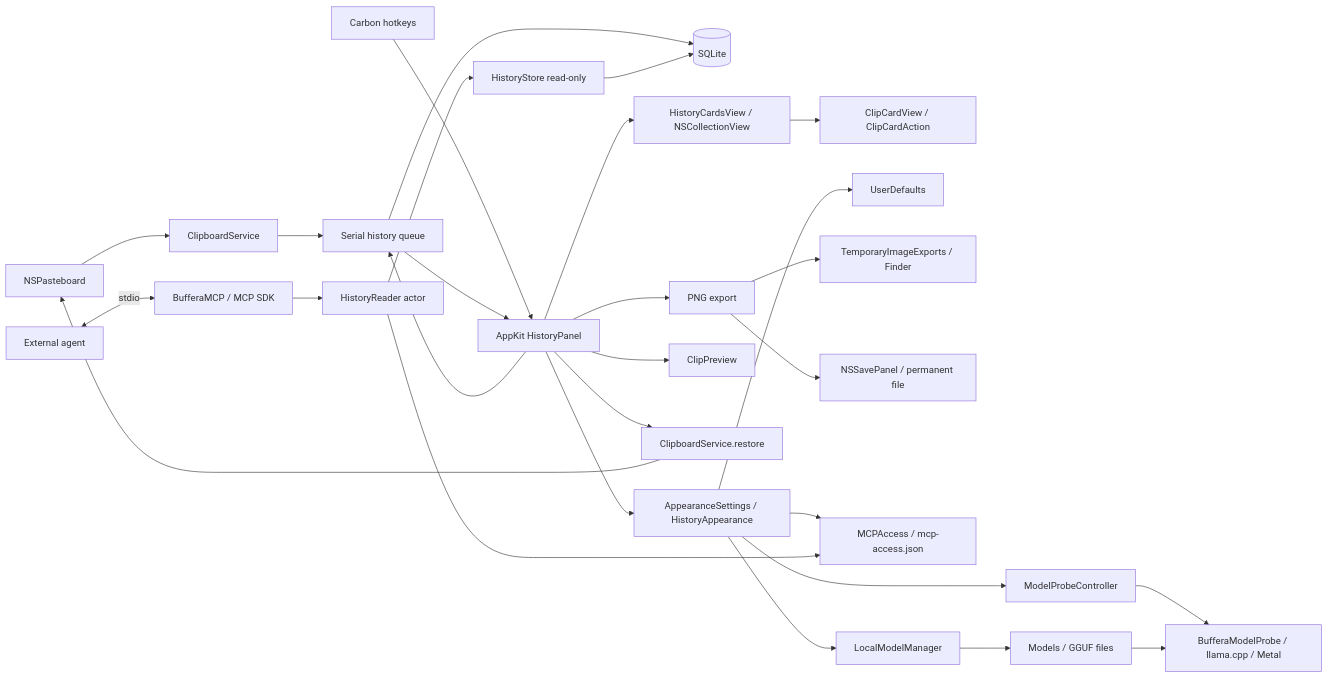
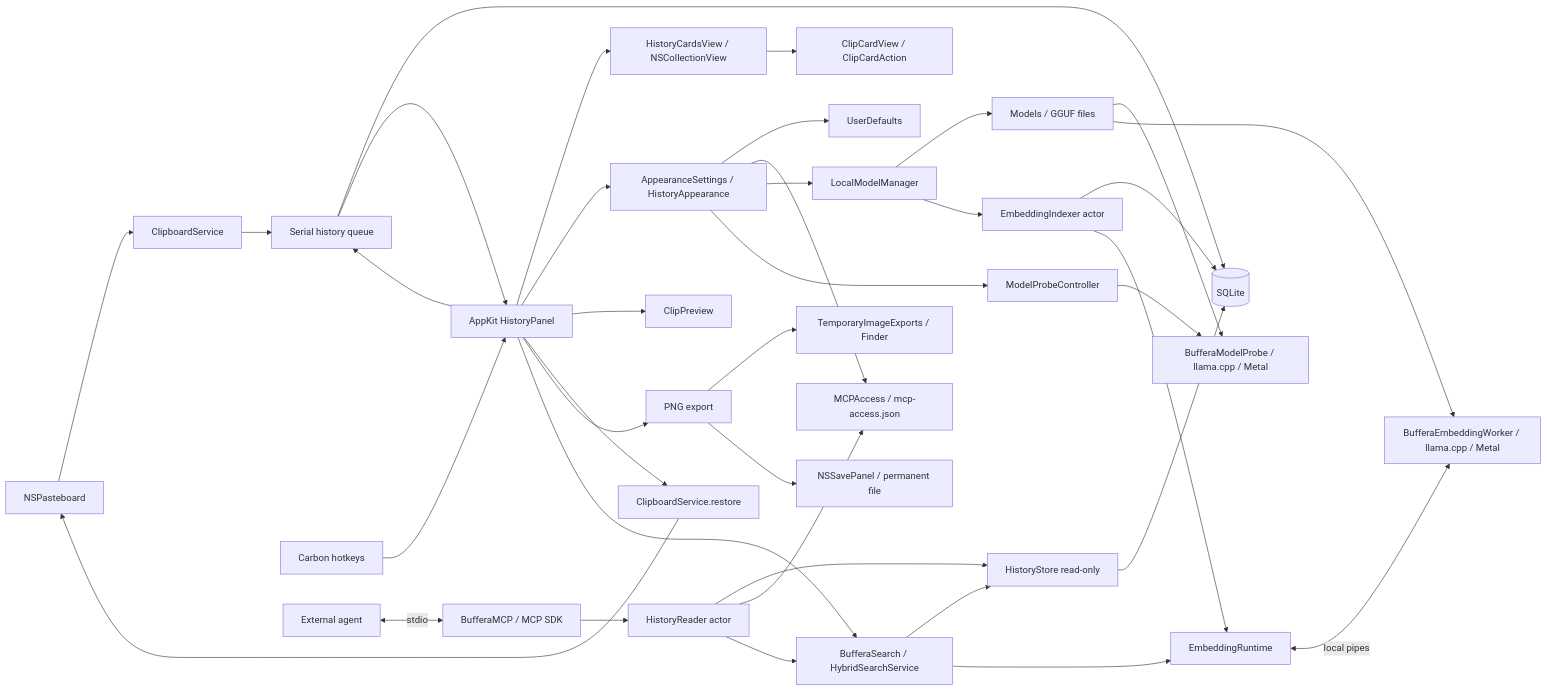
One commit to dqunbp/buffera changed the diagram in docs/architecture.md. Above: the diagram before and after it, drawn with Mermaid. The commit also changed other lines of this file and 42 other files, not shown here.

Commit message:
Add local embeddings and hybrid history search

````diff
--- a/docs/architecture.md
+++ b/docs/architecture.md
@@ -5,30 +5,39 @@
 ```mermaid
 flowchart LR
   PB[NSPasteboard] --> Capture[ClipboardService]
   Capture --> Queue[Serial history queue]
   Queue --> DB[(SQLite)]
   Keys[Carbon hotkeys] --> UI[AppKit HistoryPanel]
   UI --> Queue
   Queue --> UI
   UI --> Layout[HistoryCardsView / NSCollectionView]
   Layout --> Cards[ClipCardView / ClipCardAction]
   UI --> Appearance[AppearanceSettings / HistoryAppearance]
   Appearance --> Defaults[UserDefaults]
   UI --> Preview[ClipPreview]
   UI --> Restore[ClipboardService.restore]
   Restore --> PB
   UI --> Export[PNG export]
   Export --> Temporary[TemporaryImageExports / Finder]
   Export --> Saved[NSSavePanel / permanent file]
   Agent[External agent] <-->|stdio| MCP[BufferaMCP / MCP SDK]
   MCP --> Reader[HistoryReader actor]
   Reader --> ReadOnly[HistoryStore read-only]
   ReadOnly --> DB
   Appearance --> Access[MCPAccess / mcp-access.json]
   Reader --> Access
   Appearance --> Models[LocalModelManager]
   Models --> ModelFiles[Models / GGUF files]
   Appearance --> Probe[ModelProbeController]
   Probe --> Helper[BufferaModelProbe / llama.cpp / Metal]
   ModelFiles --> Helper
+  UI --> Search[BufferaSearch / HybridSearchService]
+  Reader --> Search
+  Search --> ReadOnly
+  Models --> Indexer[EmbeddingIndexer actor]
+  Indexer --> DB
+  Search --> Runtime[EmbeddingRuntime]
+  Indexer --> Runtime
+  Runtime <-->|local pipes| Worker[BufferaEmbeddingWorker / llama.cpp / Metal]
+  ModelFiles --> Worker
 ```
````
